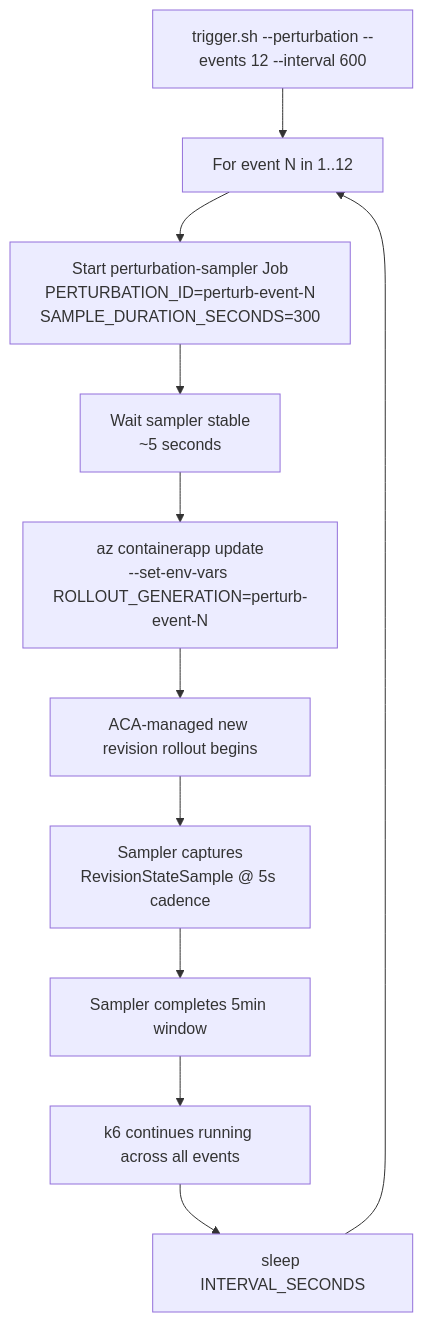
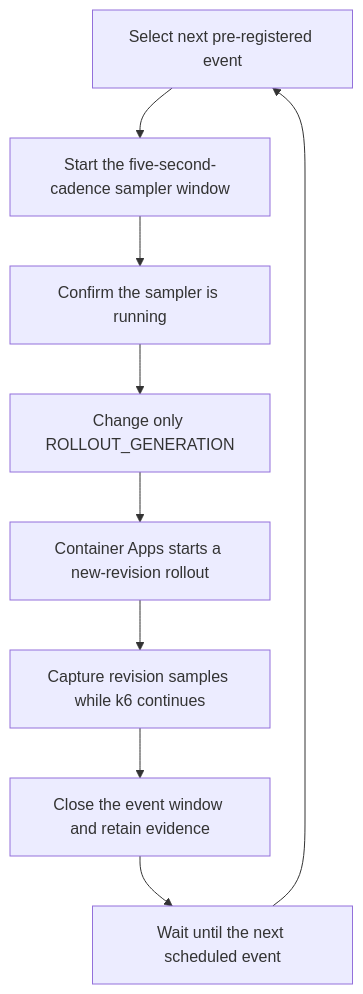
The second of 2 diagrams in docs/troubleshooting/lab-guides/startup-degraded-transient-failure.md (yeongseon/azure-container-apps-practical-guide), drawn with Mermaid before and after one commit. The commit also changed other lines of this file and 23 other files, not shown here.

Commit message:
docs(diagrams): migrate the first lab-guide diagram batch (#625)

````diff
--- a/docs/troubleshooting/lab-guides/startup-degraded-transient-failure.md
+++ b/docs/troubleshooting/lab-guides/startup-degraded-transient-failure.md
@@ -216,13 +213,11 @@
 ```mermaid
 flowchart TD
-    A[trigger.sh --perturbation --events 12 --interval 600] --> B[For event N in 1..12]
-    B --> C[Start perturbation-sampler Job<br/>PERTURBATION_ID=perturb-event-N<br/>SAMPLE_DURATION_SECONDS=300]
-    C --> D[Wait sampler stable<br/>~5 seconds]
-    D --> E[az containerapp update<br/>--set-env-vars ROLLOUT_GENERATION=perturb-event-N]
-    E --> F[ACA-managed new revision rollout begins]
-    F --> G[Sampler captures<br/>RevisionStateSample @ 5s cadence]
-    G --> H[Sampler completes 5min window]
-    H --> I[k6 continues running across all events]
-    I --> J[sleep INTERVAL_SECONDS]
-    J --> B
+    NEXT[Select next pre-registered event] --> SAMPLE[Start the five-second-cadence sampler window]
+    SAMPLE --> STABLE[Confirm the sampler is running]
+    STABLE --> UPDATE[Change only ROLLOUT_GENERATION]
+    UPDATE --> ROLLOUT[Container Apps starts a new-revision rollout]
+    ROLLOUT --> CAPTURE[Capture revision samples while k6 continues]
+    CAPTURE --> CLOSE[Close the event window and retain evidence]
+    CLOSE --> WAIT[Wait until the next scheduled event]
+    WAIT --> NEXT
 ```
````
